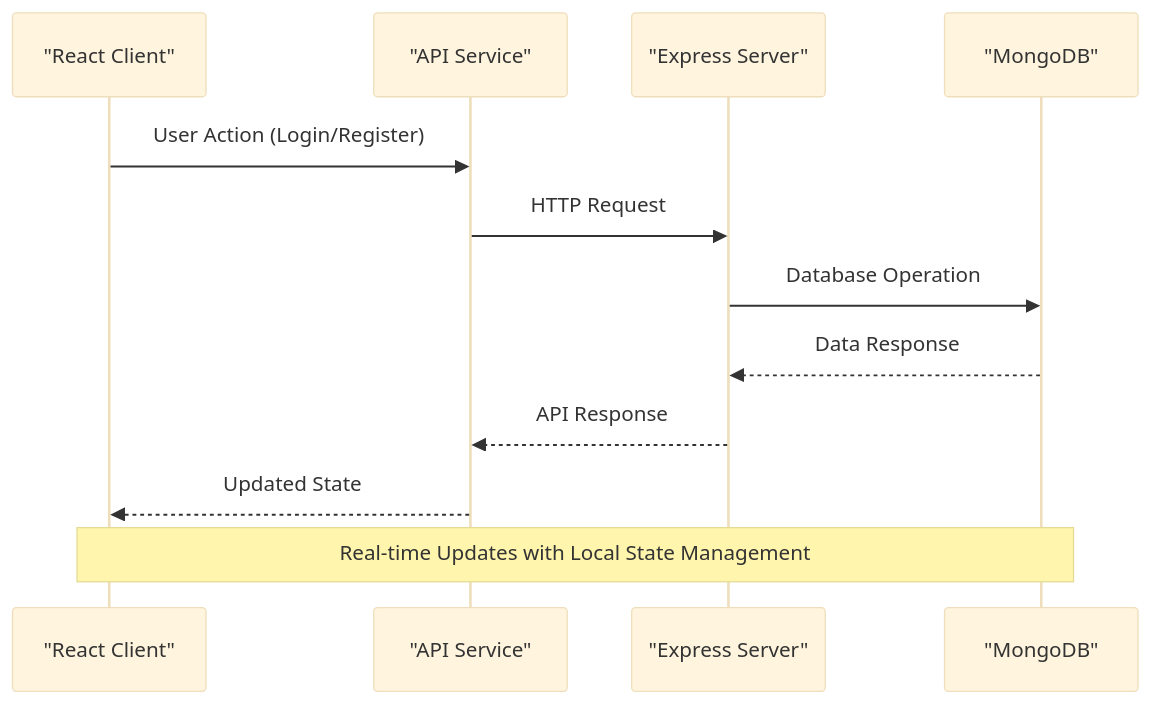
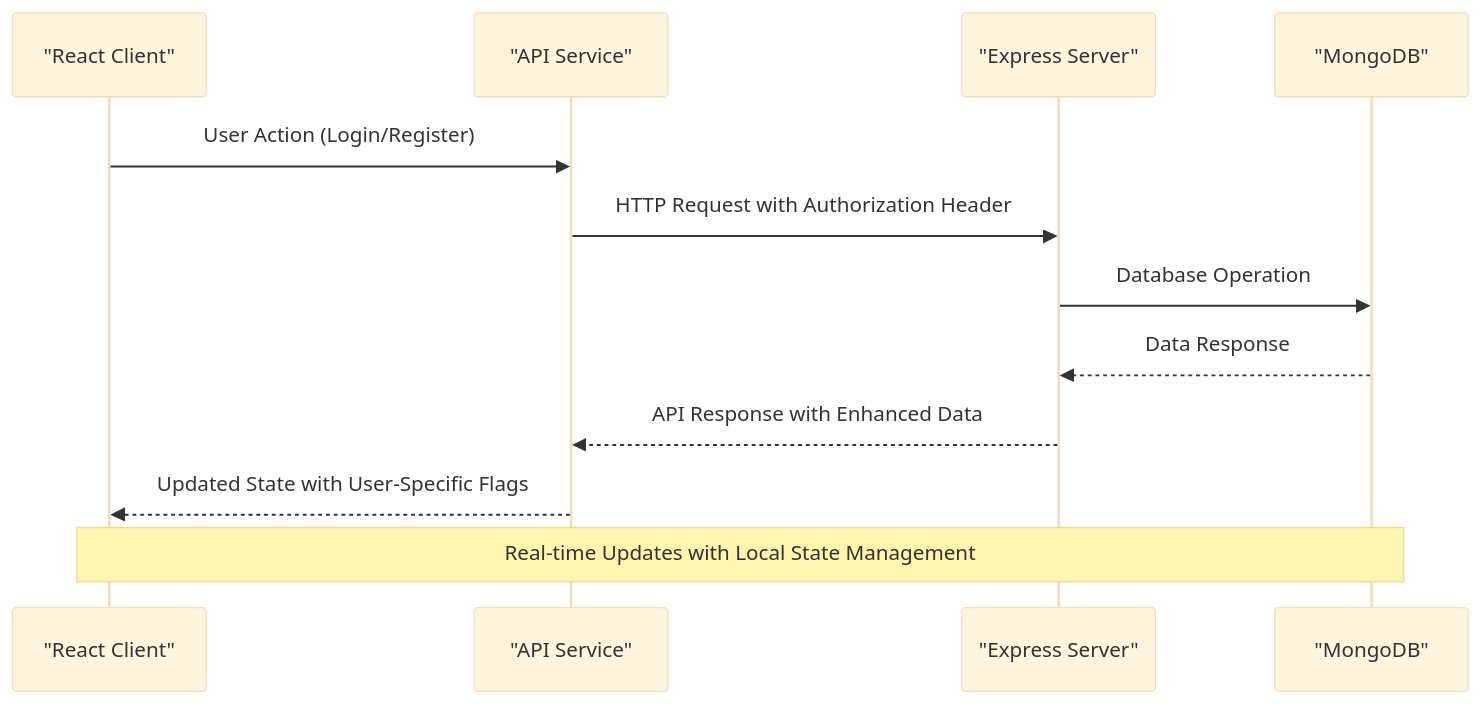
One commit to aayeshasiddiqah2611-pixel/flavora_ai_server changed the fifth of 10 diagrams in .qoder/repowiki/en/content/Core Features/React Client Application/Frontend API Service.md. Above: the diagram before and after it, drawn with Mermaid (base theme). The commit also changed other lines of this file and 7 other files, not shown here.

````diff
--- a/.qoder/repowiki/en/content/Core Features/React Client Application/Frontend API Service.md
+++ b/.qoder/repowiki/en/content/Core Features/React Client Application/Frontend API Service.md
@@ -220,14 +236,14 @@
 ```mermaid
 sequenceDiagram
 participant Client as "React Client"
 participant API as "API Service"
 participant Server as "Express Server"
 participant DB as "MongoDB"
 Client->>API : User Action (Login/Register)
-API->>Server : HTTP Request
+API->>Server : HTTP Request with Authorization Header
 Server->>DB : Database Operation
 DB-->>Server : Data Response
-Server-->>API : API Response
-API-->>Client : Updated State
+Server-->>API : API Response with Enhanced Data
+API-->>Client : Updated State with User-Specific Flags
 Note over Client,DB : Real-time Updates with Local State Management
 ```
````
